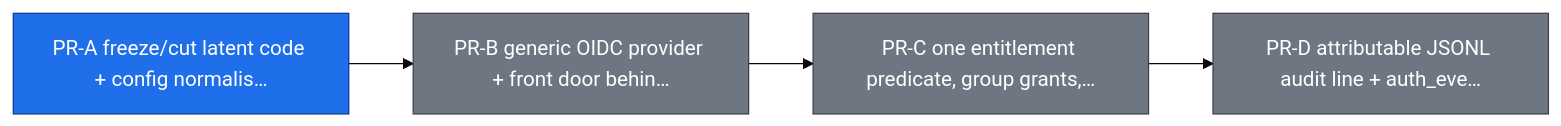
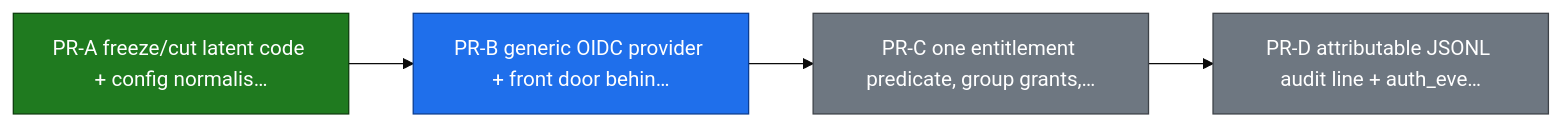
The tenth of 24 diagrams in ROADMAP.md (smart-mcp-proxy/mcpproxy-go), drawn with Mermaid (base theme) before and after one commit. The commit also changed other lines of this file and 119 other files, not shown here.

First line of the commit message:
feat(serveredition): generic OIDC provider, front door behind an ingress, telemetry v13 (Spec 107 PR-B) (#1292)

````diff
--- a/ROADMAP.md
+++ b/ROADMAP.md
@@ -415,16 +415,18 @@
 ```mermaid
 graph LR
   sso_pr_a_freeze_cut["PR-A freeze/cut latent code + config normalis…"]
   sso_pr_b_oidc_front_door["PR-B generic OIDC provider + front door behin…"]
   sso_pr_c_group_allowlist["PR-C one entitlement predicate, group grants,…"]
   sso_pr_d_audit_line["PR-D attributable JSONL audit line + auth_eve…"]
 
   sso_pr_a_freeze_cut --> sso_pr_b_oidc_front_door
   sso_pr_b_oidc_front_door --> sso_pr_c_group_allowlist
   sso_pr_c_group_allowlist --> sso_pr_d_audit_line
 
+  classDef done fill:#1f7a1f,stroke:#0d3d0d,color:#ffffff;
   classDef in_progress fill:#1f6feb,stroke:#0b3d91,color:#ffffff;
   classDef todo fill:#6e7781,stroke:#3d4248,color:#ffffff;
-  class sso_pr_a_freeze_cut in_progress;
-  class sso_pr_b_oidc_front_door,sso_pr_c_group_allowlist,sso_pr_d_audit_line todo;
+  class sso_pr_a_freeze_cut done;
+  class sso_pr_b_oidc_front_door in_progress;
+  class sso_pr_c_group_allowlist,sso_pr_d_audit_line todo;
 ```
````
